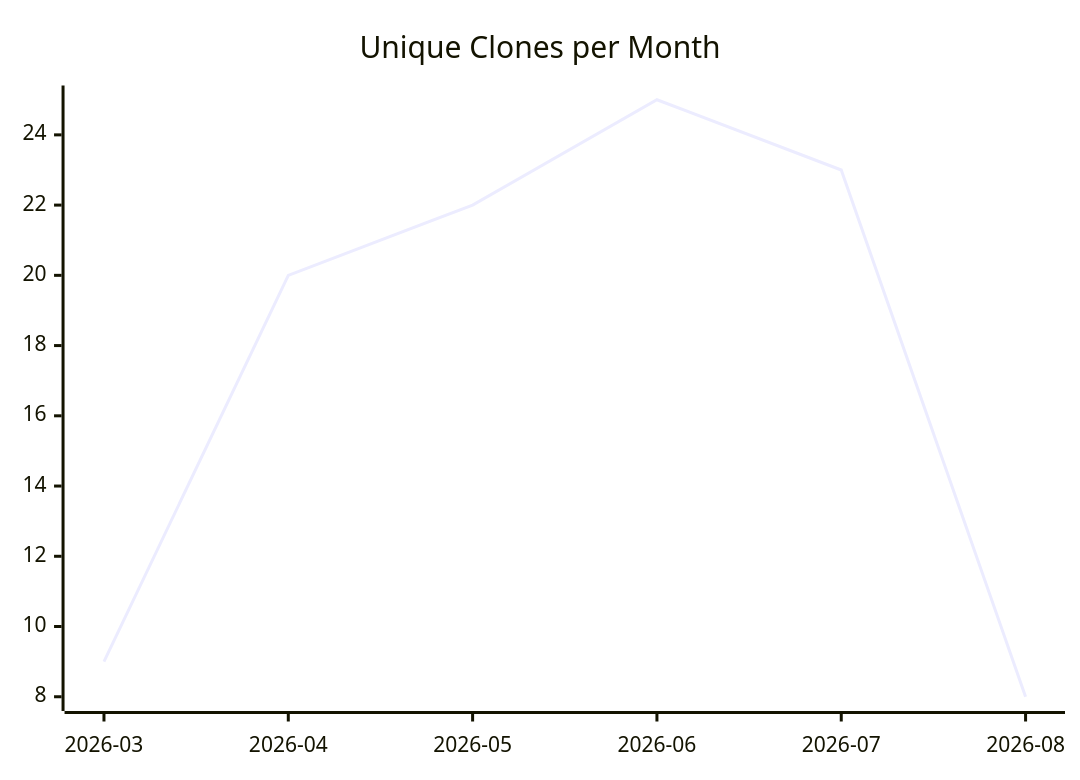
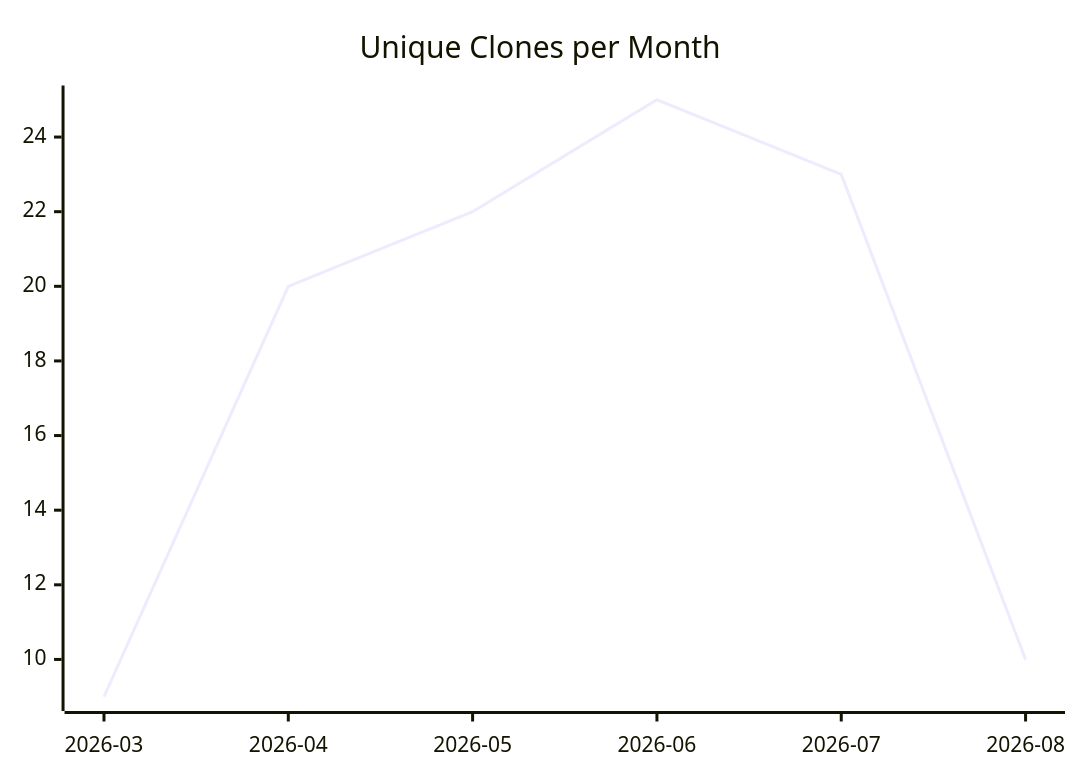
Before and after one commit to justdavis-family/github-analytics-data: the third of 3 diagrams in karlmdavis/kxml2/README.md, drawn with Mermaid. The commit also changed other lines of this file and 176 other files, not shown here.

````diff
--- a/karlmdavis/kxml2/README.md
+++ b/karlmdavis/kxml2/README.md
@@ -19,6 +19,6 @@
 ```mermaid
 xychart-beta
   title "Unique Clones per Month"
   x-axis ["2026-03", "2026-04", "2026-05", "2026-06", "2026-07", "2026-08"]
-  line [9, 20, 22, 25, 23, 8]
+  line [9, 20, 22, 25, 23, 10]
 ```
````
